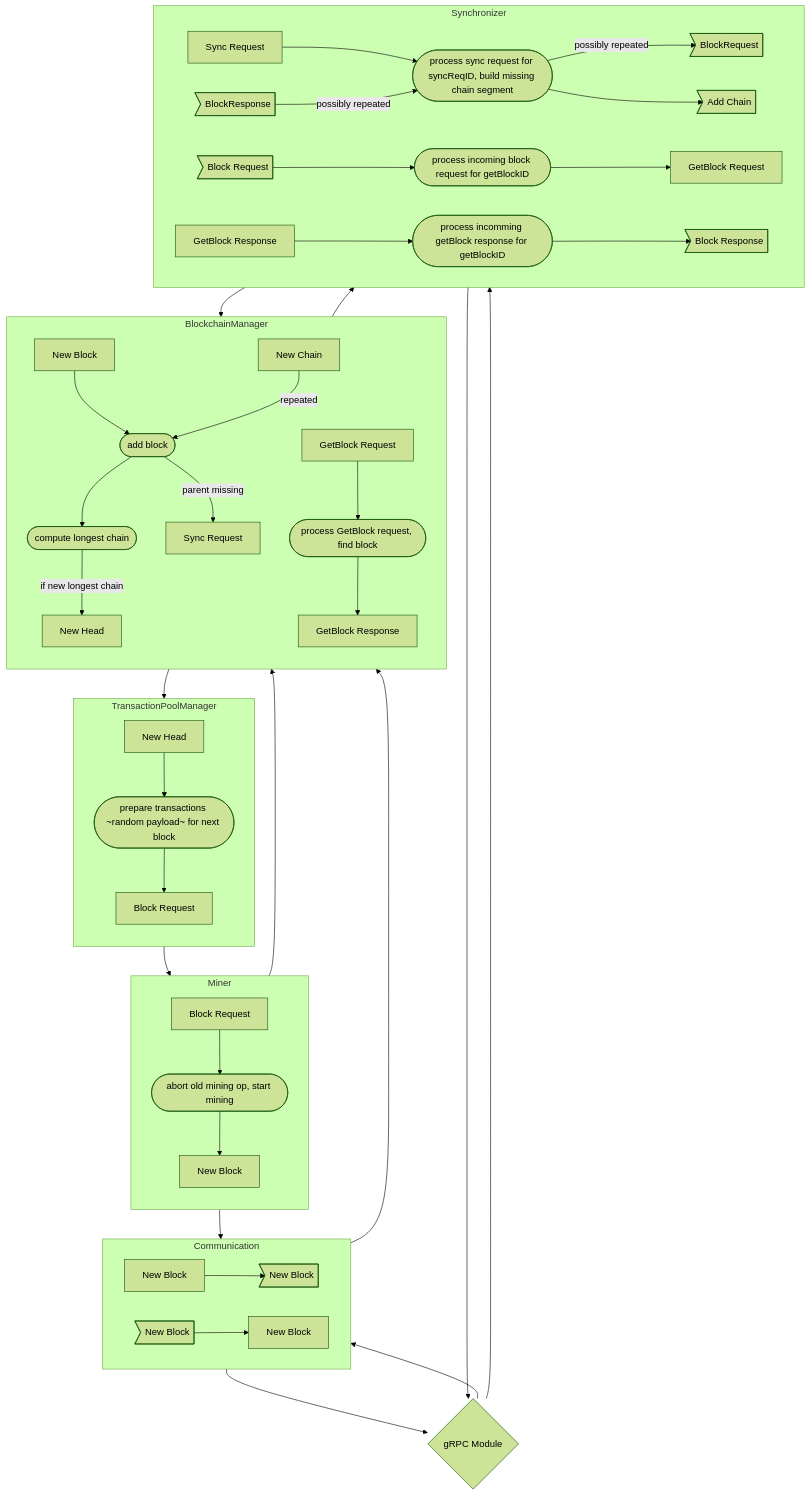
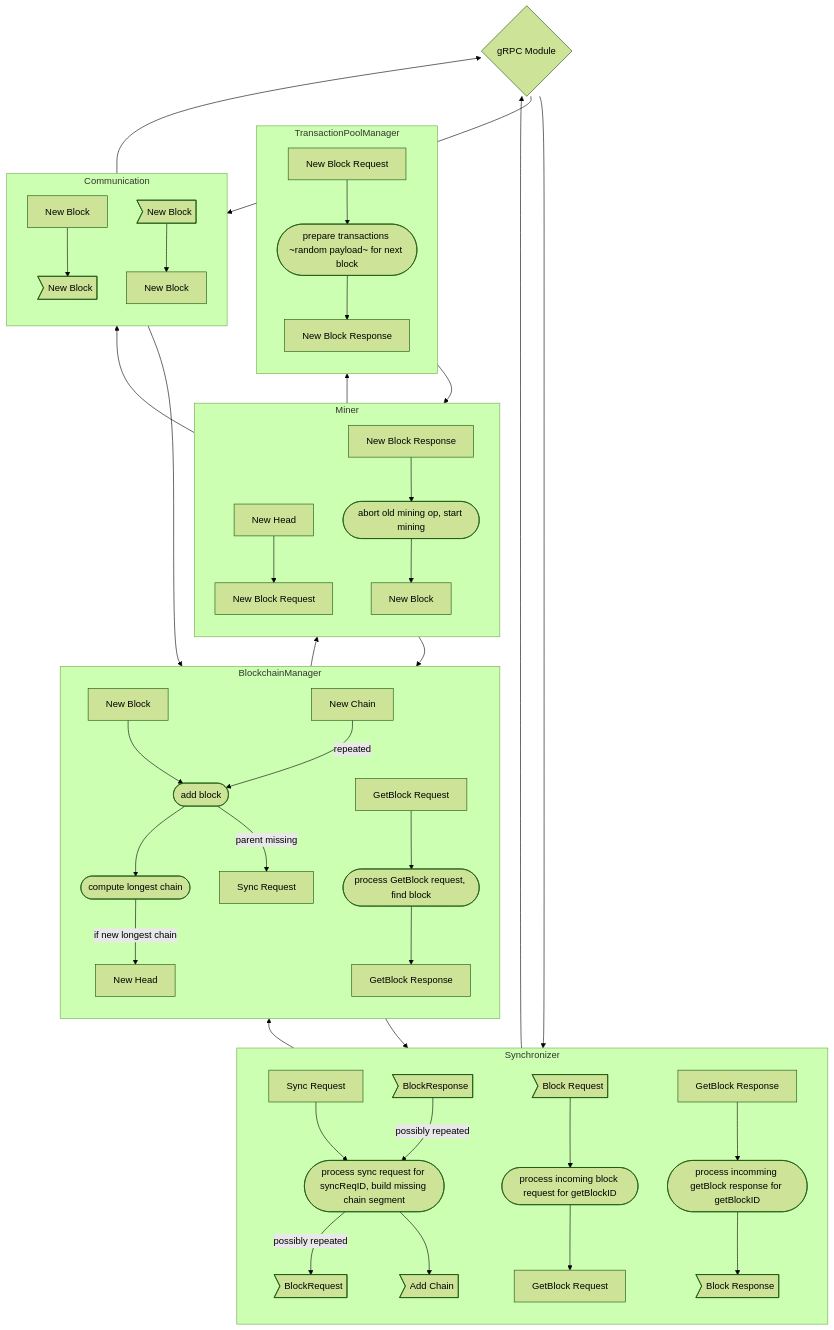
Before and after one commit to komplexon3/longest-chain-project: the diagram in notes/block_diagram.md, drawn with Mermaid (forest theme). The commit also changed 2 other files, not shown here.

Commit message:
working sync, colored blocks, update blocks diagram

````diff
--- a/notes/block_diagram.md
+++ b/notes/block_diagram.md
@@ -1,61 +1,63 @@
 ```mermaid
-flowchart TB;
+flowchart BT;
 
 subgraph TransactionPoolManager
 direction TB;
 
-nhi[New Head] --> pt([prepare transactions ~random payload~ for next block])
-pt --> bro[Block Request]
+reqnbi[New Block Request] --> pt([prepare transactions ~random payload~ for next block])
+pt --> resnbo[New Block Response]
 end
 
 subgraph BlockchainManager
 direction TB;
 
 nbi[New Block] --> ab([add block])
 nci[New Chain] --repeated--> ab
 ab --> clc([compute longest chain])
 ab --parent missing--> sr[Sync Request]
 clc -->|if new longest chain| nho[New Head]
 
 gbi[GetBlock Request] --> pgbr([process GetBlock request, find block])
 pgbr --> gbo[GetBlock Response]
 
 end
 
 subgraph Miner
 direction TB;
 
-bri[Block Request] --> m([abort old mining op, start mining])
+nh[New Head] --> reqnb[New Block Request]
+resnb[New Block Response] --> m([abort old mining op, start mining])
 m --> nbio[New Block]
 end
 
 subgraph Communication
 c_nbo[New Block] --> nbfo>New Block]
 c_nbfi>New Block] --> c_nbi[New Block]
 end
 
 subgraph Synchronizer
 sri[Sync Request] --> psr([process sync request for syncReqID, build missing chain segment])
 psr --possibly repeated--> breqo>BlockRequest]
 bresi>BlockResponse] --possibly repeated--> psr
 psr --> ac>Add Chain]
 
 breq>Block Request] --> pibr([process incoming block request for getBlockID])
 pibr --> gbreq[GetBlock Request]
 gbRes[GetBlock Response] --> pibres([process incomming getBlock response for getBlockID])
 pibres --> bres>Block Response]
 
 end
 
 grpc{gRPC Module} --> Communication
 Communication --> grpc
+Miner --> TransactionPoolManager
+TransactionPoolManager --> Miner
 Miner --> BlockchainManager
-BlockchainManager --> TransactionPoolManager
-TransactionPoolManager --> Miner
+BlockchainManager --> Miner
 Miner --> Communication
 Communication --> BlockchainManager
 BlockchainManager --> Synchronizer
 Synchronizer --> BlockchainManager
 Synchronizer --> grpc
 grpc --> Synchronizer
 ```
````
